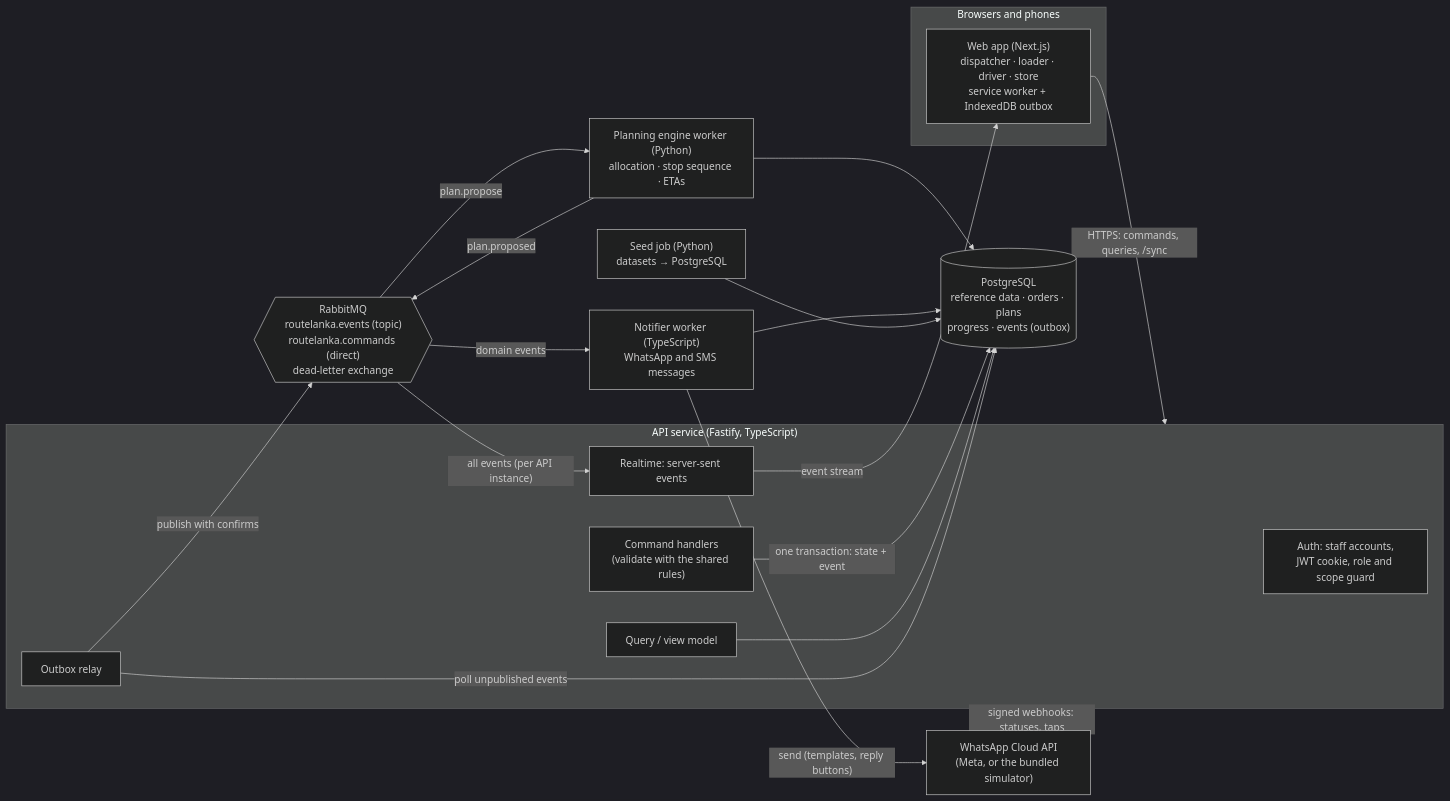
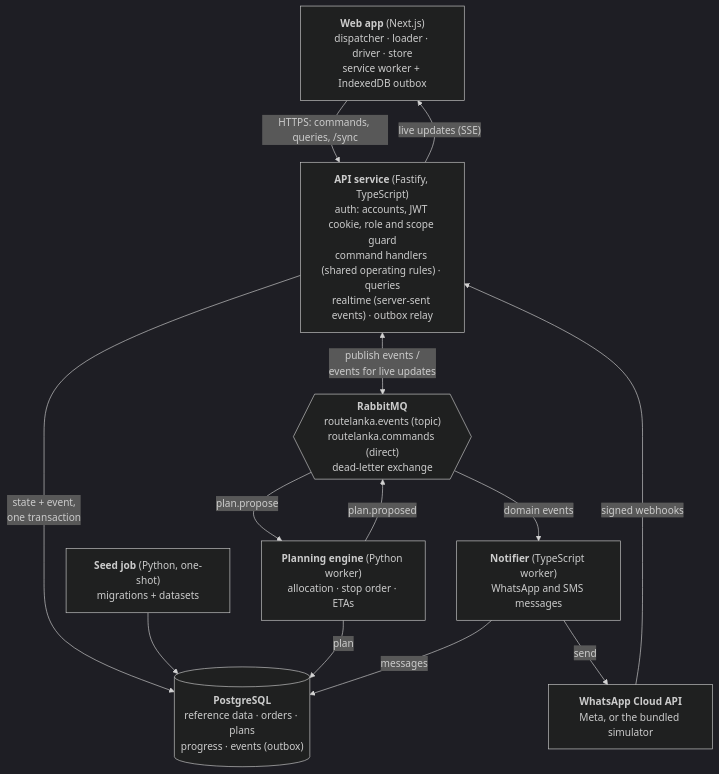
One commit to malika1234m/API4_RouteLanka. changed the first of 3 diagrams in docs/architecture.md. Above: the diagram before and after it, drawn with Mermaid (dark theme). The commit also changed other lines of this file and 6 other files, not shown here.

````diff
--- a/docs/architecture.md
+++ b/docs/architecture.md
@@ -9,38 +9,24 @@
 ```mermaid
-flowchart LR
-  subgraph Browser["Browsers and phones"]
-    WEB["Web app (Next.js)<br/>dispatcher · loader · driver · store<br/>service worker + IndexedDB outbox"]
-  end
+flowchart TB
+  WEB["<b>Web app</b> (Next.js)<br/>dispatcher · loader · driver · store<br/>service worker + IndexedDB outbox"]
+  API["<b>API service</b> (Fastify, TypeScript)<br/>auth: accounts, JWT cookie, role and scope guard<br/>command handlers (shared operating rules) · queries<br/>realtime (server-sent events) · outbox relay"]
+  WA["<b>WhatsApp Cloud API</b><br/>Meta, or the bundled simulator"]
+  MQ{{"<b>RabbitMQ</b><br/>routelanka.events (topic)<br/>routelanka.commands (direct)<br/>dead-letter exchange"}}
+  DB[("<b>PostgreSQL</b><br/>reference data · orders · plans<br/>progress · events (outbox)")]
+  SEED["<b>Seed job</b> (Python, one-shot)<br/>migrations + datasets"]
+  ENGINE["<b>Planning engine</b> (Python worker)<br/>allocation · stop order · ETAs"]
+  NOTIFY["<b>Notifier</b> (TypeScript worker)<br/>WhatsApp and SMS messages"]
 
-  subgraph Core["API service (Fastify, TypeScript)"]
-    AUTH["Auth: staff accounts,<br/>JWT cookie, role and scope guard"]
-    CMD["Command handlers<br/>(validate with the shared rules)"]
-    QRY["Query / view model"]
-    SSE["Realtime: server-sent events"]
-    RELAY["Outbox relay"]
-  end
-
-  DB[("PostgreSQL<br/>reference data · orders · plans<br/>progress · events (outbox)")]
-  MQ{{"RabbitMQ<br/>routelanka.events (topic)<br/>routelanka.commands (direct)<br/>dead-letter exchange"}}
-
-  ENGINE["Planning engine worker (Python)<br/>allocation · stop sequence · ETAs"]
-  NOTIFY["Notifier worker (TypeScript)<br/>WhatsApp and SMS messages"]
-  SEED["Seed job (Python)<br/>datasets → PostgreSQL"]
-  WA["WhatsApp Cloud API<br/>(Meta, or the bundled simulator)"]
-
-  WEB -- "HTTPS: commands, queries, /sync" --> Core
-  SSE -- "event stream" --> WEB
-  CMD -- "one transaction: state + event" --> DB
-  QRY --> DB
-  RELAY -- "poll unpublished events" --> DB
-  RELAY -- "publish with confirms" --> MQ
+  WEB -- "HTTPS: commands, queries, /sync" --> API
+  API -- "live updates (SSE)" --> WEB
+  WA -- "signed webhooks" --> API
+  API -- "state + event,<br/>one transaction" --> DB
+  SEED --> DB
+  API <-- "publish events /<br/>events for live updates" --> MQ
   MQ -- "plan.propose" --> ENGINE
   ENGINE -- "plan.proposed" --> MQ
-  ENGINE --> DB
   MQ -- "domain events" --> NOTIFY
-  NOTIFY --> DB
-  NOTIFY -- "send (templates, reply buttons)" --> WA
-  WA -- "signed webhooks: statuses, taps" --> Core
-  MQ -- "all events (per API instance)" --> SSE
-  SEED --> DB
+  ENGINE -- "plan" --> DB
+  NOTIFY -- "messages" --> DB
+  NOTIFY -- "send" --> WA
 ```
````
